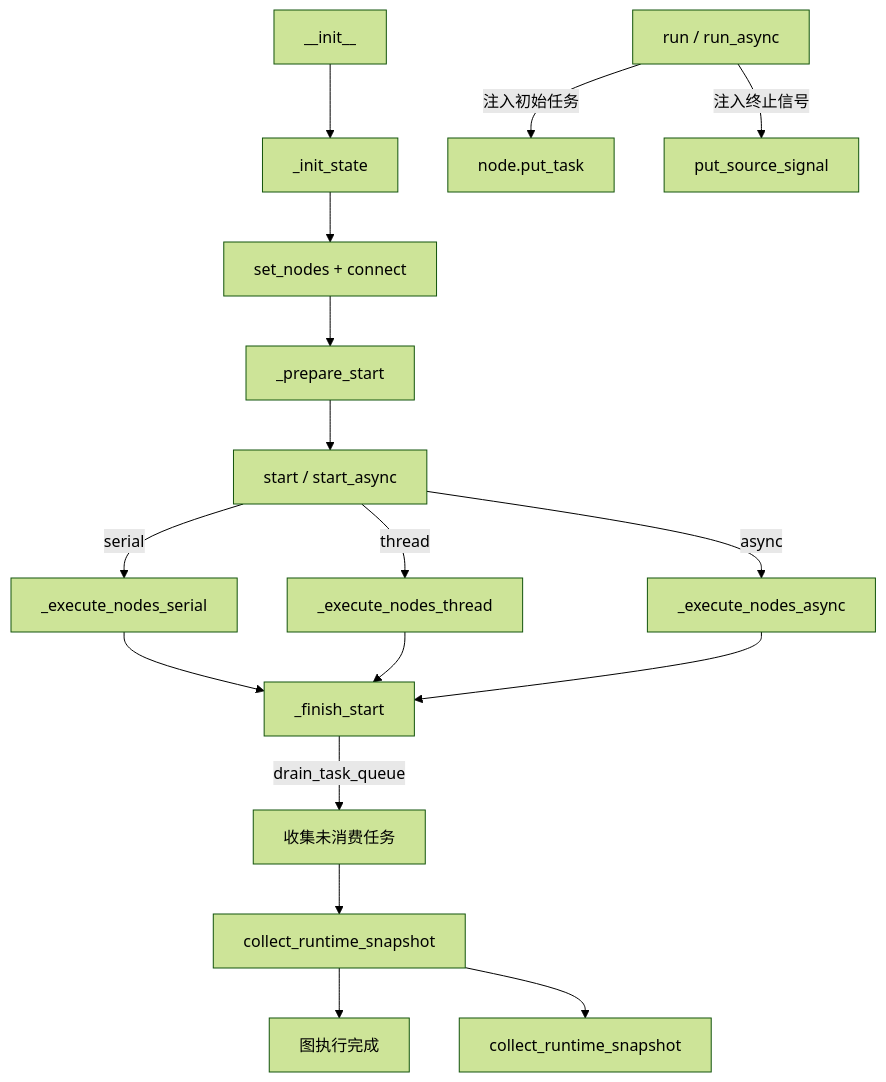
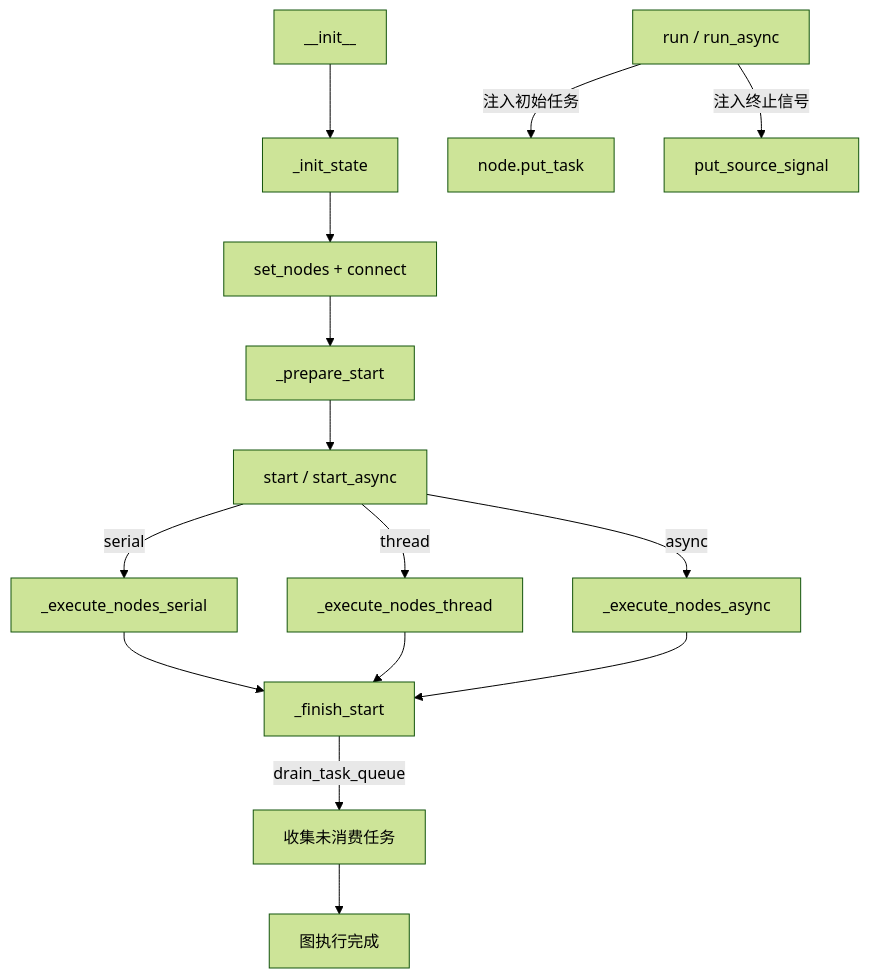
The diagram in docs/zh-CN/src/graph/core_graph.md (Mr-xiaotian/CelestialFlow), drawn with Mermaid (forest theme) before and after one commit. The commit also changed other lines of this file and 100 other files, not shown here.

````diff
--- a/docs/zh-CN/src/graph/core_graph.md
+++ b/docs/zh-CN/src/graph/core_graph.md
@@ -292,21 +354,18 @@
 ```mermaid
 flowchart TD
     INIT[__init__] --> INIT_STATE[_init_state]
     INIT_STATE --> BUILD[set_nodes + connect]
     BUILD --> PREPARE[_prepare_start]
     PREPARE --> START[start / start_async]
     START -->|serial| SER[_execute_nodes_serial]
     START -->|thread| THR[_execute_nodes_thread]
     START -->|async| ASY[_execute_nodes_async]
     SER --> FINISH[_finish_start]
     THR --> FINISH
     ASY --> FINISH
     FINISH -->|drain_task_queue| DRAIN[收集未消费任务]
-    DRAIN --> SNAP[collect_runtime_snapshot]
-    SNAP --> END[图执行完成]
-
-    SNAP --> STATUS[collect_runtime_snapshot]
+    DRAIN --> END[图执行完成]
 
     RUN[run / run_async] -->|注入初始任务| PUT[node.put_task]
     RUN -->|注入终止信号| SIGNAL[put_source_signal]
 ```
````
